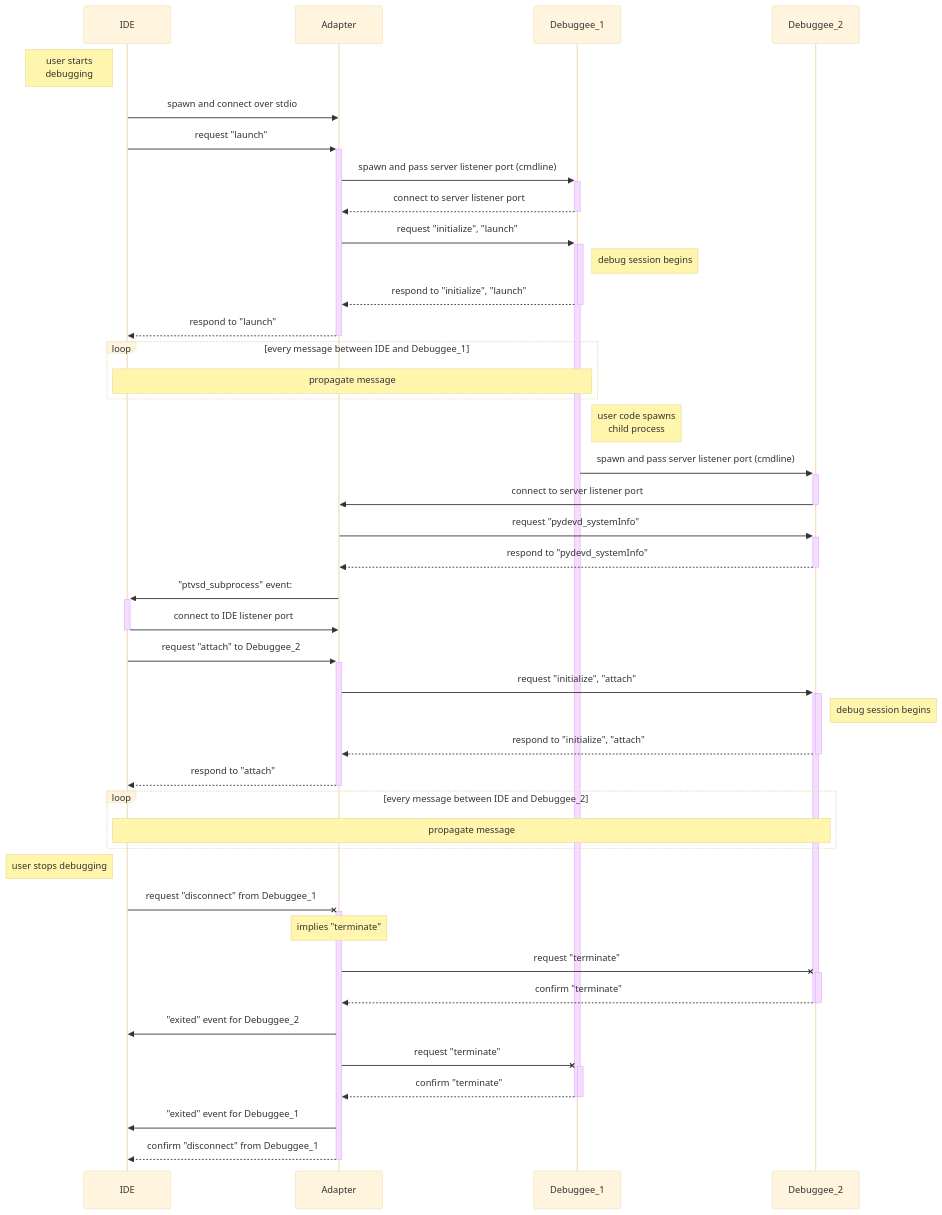
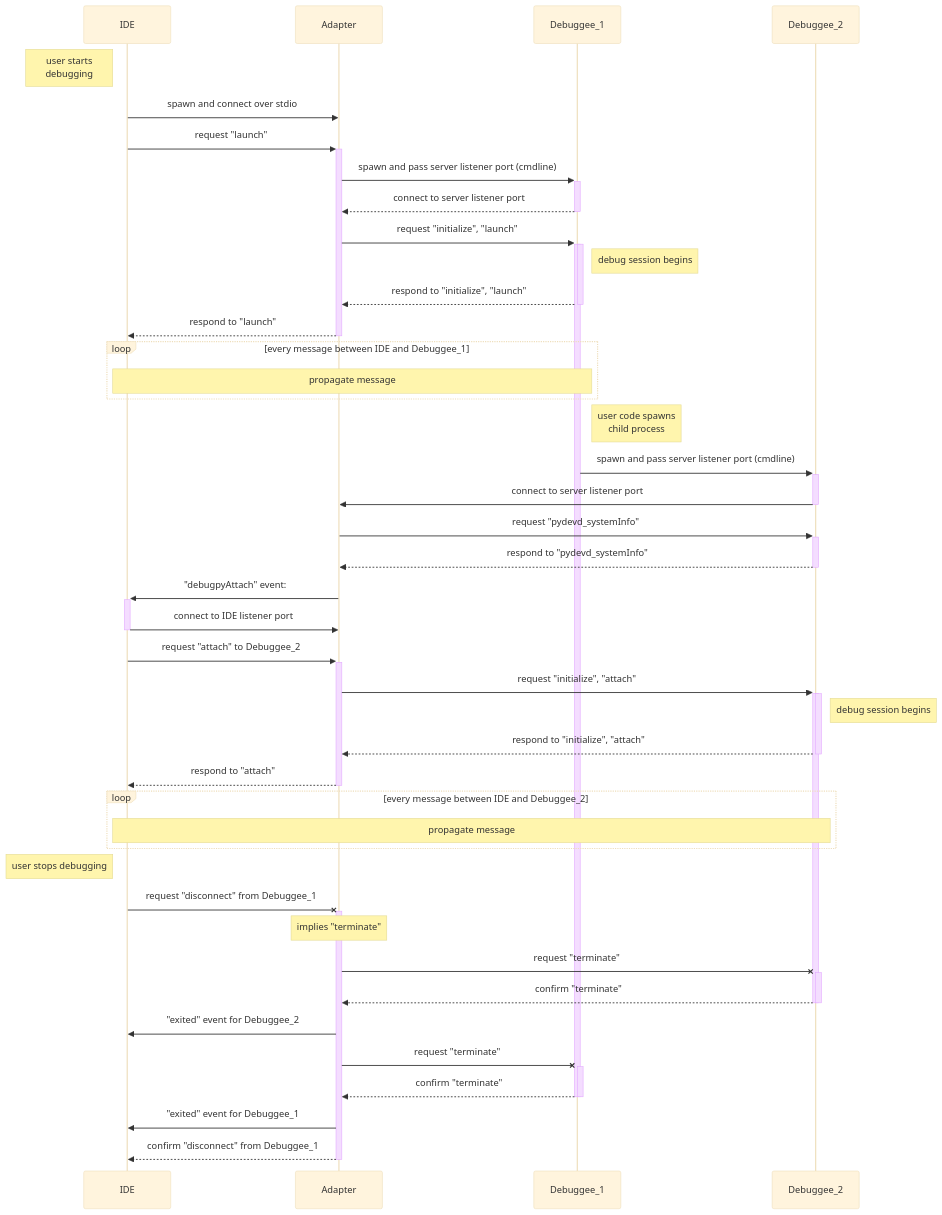
Before and after one commit to int19h/debugpy: the first of 2 diagrams in doc/Subprocess debugging.md, drawn with Mermaid (base theme). The commit also changed other lines of this file, not shown here.

Commit message:
Update subprocess debugging doc.

```diff
--- a/doc/Subprocess debugging.md
+++ b/doc/Subprocess debugging.md
@@ -70,7 +70,7 @@
 
 Debuggee_2 -->>- Adapter: respond to "pydevd_systemInfo"
 
-Adapter ->>+ IDE: "ptvsd_subprocess" event:
+Adapter ->>+ IDE: "debugpyAttach" event:
 
 IDE ->>- Adapter: connect to IDE listener port
 
```
